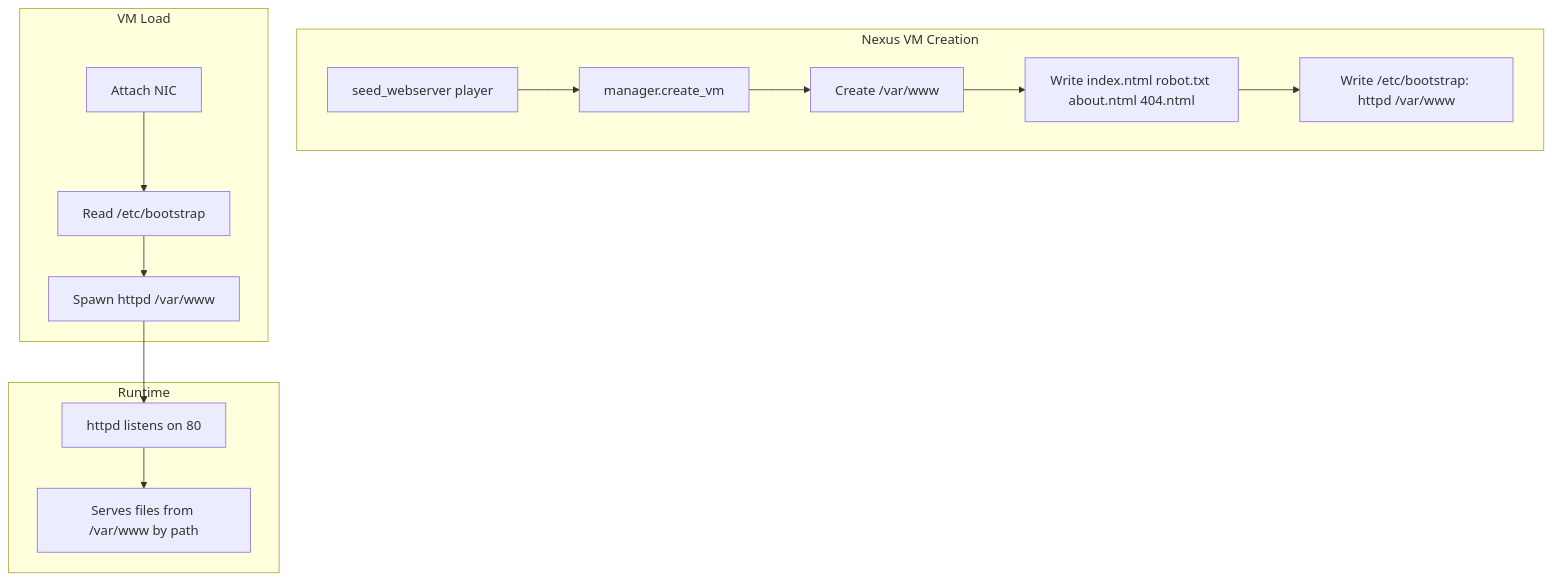
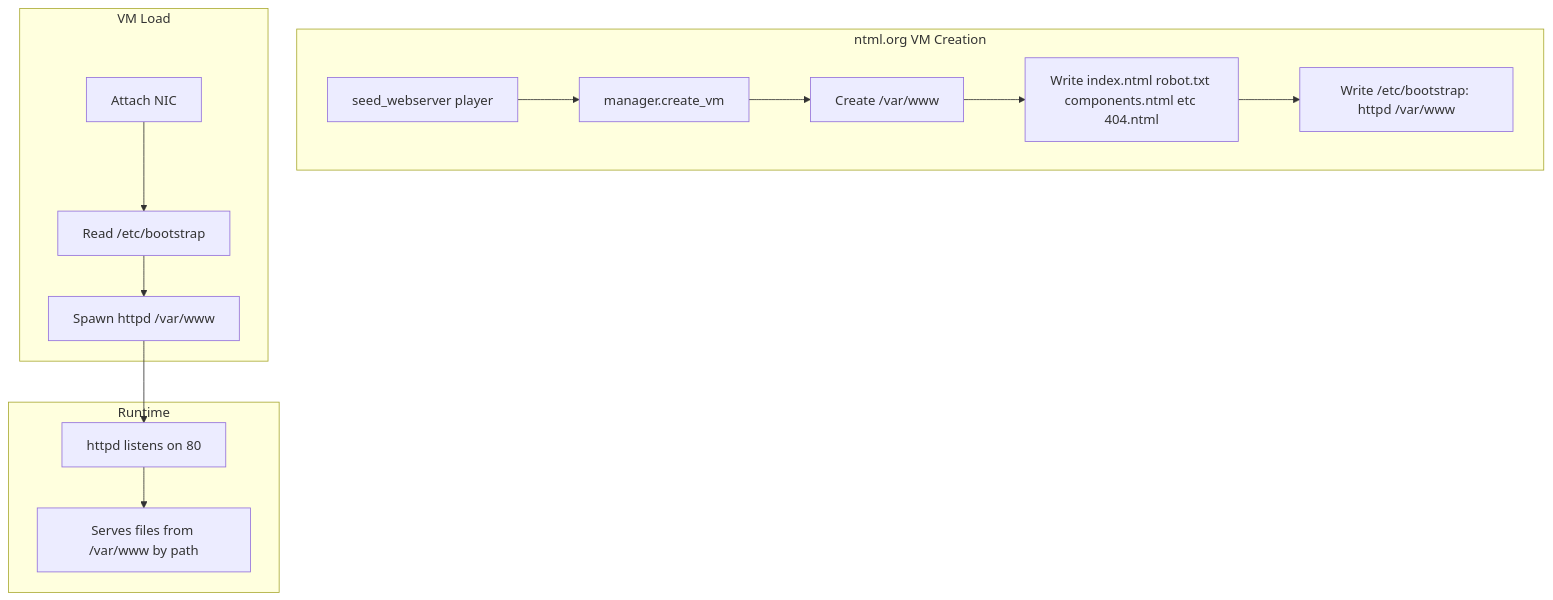
Before and after one commit to jhonylucas74/nulltrace: the diagram in nulltrace-core/docs/nexus-http-server-and-bootstrap.md, drawn with Mermaid. The commit also changed other lines of this file and 32 other files, not shown here.

````diff
--- a/nulltrace-core/docs/nexus-http-server-and-bootstrap.md
+++ b/nulltrace-core/docs/nexus-http-server-and-bootstrap.md
@@ -142,29 +152,29 @@
 ```mermaid
 flowchart TB
-    subgraph create [Nexus VM Creation]
+    subgraph create [ntml.org VM Creation]
         seedWebserver[seed_webserver player]
         createVM[manager.create_vm]
         mkdirWWW[Create /var/www]
-        writeFiles[Write index.ntml robot.txt about.ntml 404.ntml]
+        writeFiles[Write index.ntml robot.txt components.ntml etc 404.ntml]
         writeBootstrap[Write /etc/bootstrap: httpd /var/www]
     end
     seedWebserver --> createVM
     createVM --> mkdirWWW
     mkdirWWW --> writeFiles
     writeFiles --> writeBootstrap
 
     subgraph load [VM Load]
         attachNIC[Attach NIC]
         readBootstrap[Read /etc/bootstrap]
         spawnHttpd[Spawn httpd /var/www]
     end
     attachNIC --> readBootstrap
     readBootstrap --> spawnHttpd
 
     subgraph runtime [Runtime]
         httpd[httpd listens on 80]
         fileServe[Serves files from /var/www by path]
     end
     spawnHttpd --> httpd
     httpd --> fileServe
 ```
````
